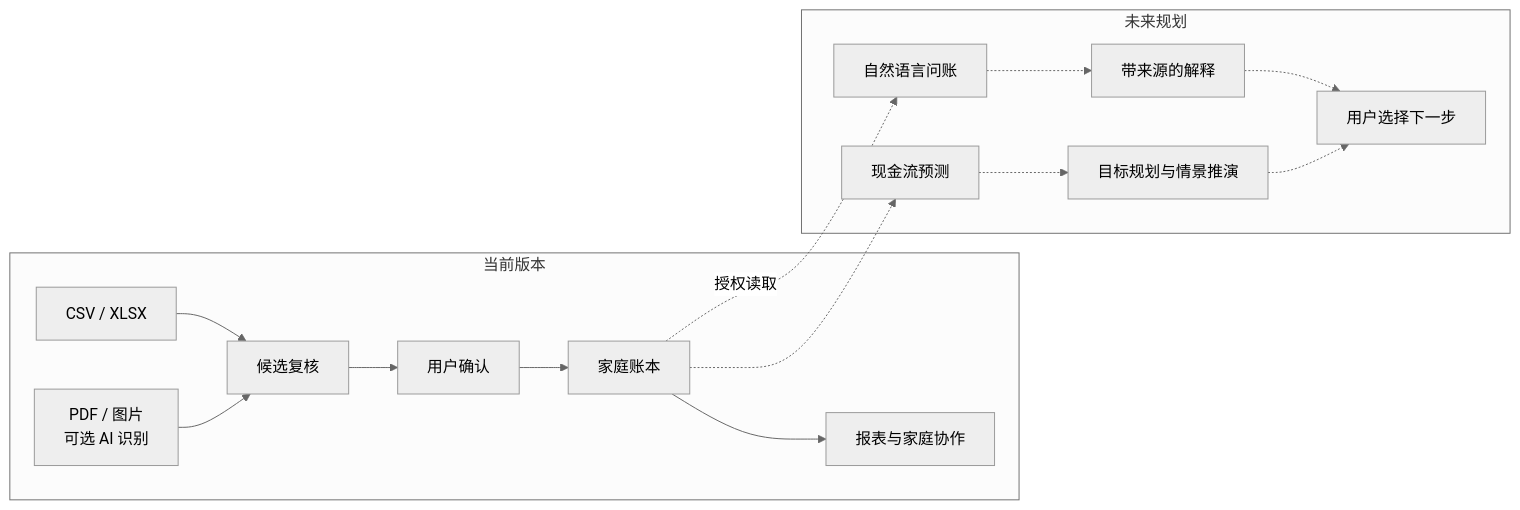
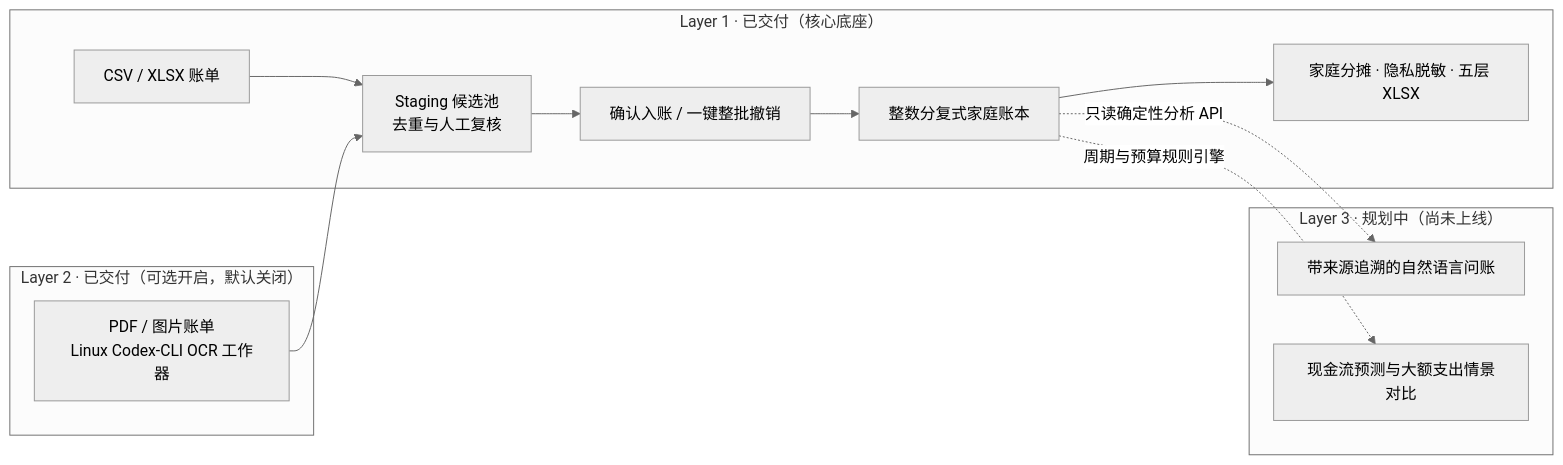
One commit to Kaiserunix/homedatabase changed the diagram in README.md. Above: the diagram before and after it, drawn with Mermaid (neutral theme). The commit also changed other lines of this file and 10 other files, not shown here.

````diff
--- a/README.md
+++ b/README.md
@@ -56,18 +48,16 @@
 ```mermaid
 flowchart LR
-    subgraph NOW[当前版本]
-        A[CSV / XLSX] --> C[候选复核]
-        B[PDF / 图片<br/>可选 AI 识别] --> C
-        C --> D[用户确认]
-        D --> E[家庭账本]
-        E --> F[报表与家庭协作]
+    subgraph L1["Layer 1 · 已交付（核心底座）"]
+        A[CSV / XLSX 账单] --> C[Staging 候选池<br/>去重与人工复核]
+        C --> D[确认入账 / 一键整批撤销]
+        D --> E[整数分复式家庭账本]
+        E --> F[家庭分摊 · 隐私脱敏 · 五层 XLSX]
     end
-    subgraph NEXT[未来规划]
-        E -.授权读取.-> G[自然语言问账]
-        G -.-> H[带来源的解释]
-        E -.-> I[现金流预测]
-        I -.-> J[目标规划与情景推演]
-        H -.-> K[用户选择下一步]
-        J -.-> K
+    subgraph L2["Layer 2 · 已交付（可选开启，默认关闭）"]
+        B[PDF / 图片账单<br/>Linux Codex-CLI OCR 工作器] --> C
+    end
+    subgraph L3["Layer 3 · 规划中（尚未上线）"]
+        E -.只读确定性分析 API.-> G[带来源追溯的自然语言问账]
+        E -.周期与预算规则引擎.-> H[现金流预测与大额支出情景对比]
     end
 ```
````
